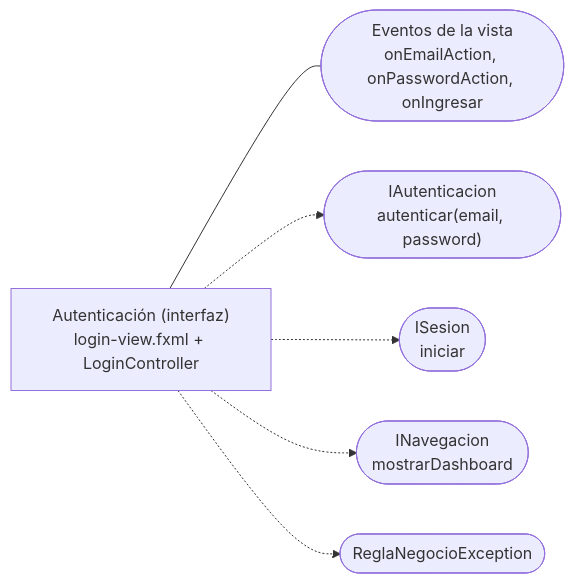
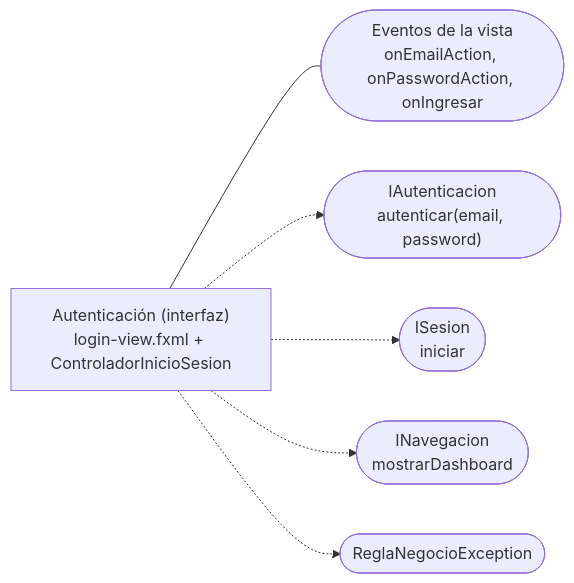
The diagram in docs/diagramas/COMPONENTE_AUTENTICACION_UI.md (puj-course/FIS_2630_1204_G1), drawn with Mermaid before and after one commit. The commit also changed other lines of this file and 121 other files, not shown here.

````diff
--- a/docs/diagramas/COMPONENTE_AUTENTICACION_UI.md
+++ b/docs/diagramas/COMPONENTE_AUTENTICACION_UI.md
@@ -7,15 +7,15 @@
 ```mermaid
 flowchart LR
-    LOGIN["Autenticación (interfaz)<br/>login-view.fxml + LoginController"]
+    LOGIN["Autenticación (interfaz)<br/>login-view.fxml + ControladorInicioSesion"]
     IEVT(["Eventos de la vista<br/>onEmailAction, onPasswordAction, onIngresar"])
     IAUT(["IAutenticacion<br/>autenticar(email, password)"])
     ISES(["ISesion<br/>iniciar"])
     INAV(["INavegacion<br/>mostrarDashboard"])
     IREG(["ReglaNegocioException"])
 
     LOGIN --- IEVT
     LOGIN -.-> IAUT
     LOGIN -.-> ISES
     LOGIN -.-> INAV
     LOGIN -.-> IREG
 ```
````
